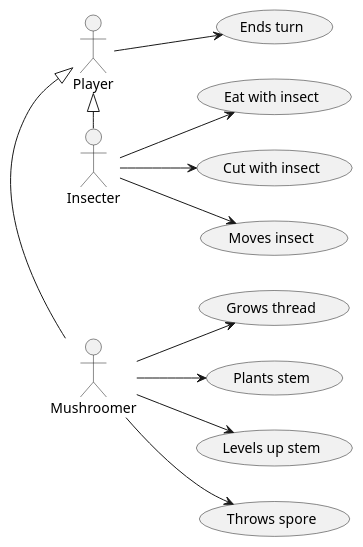
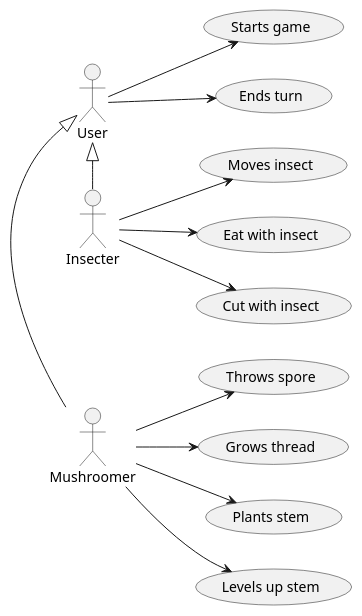
Before and after one commit to Petya-G/fungorium: the diagram in 5/usecase/uc.puml, drawn with PlantUML. The commit also changed 3 other files, not shown here.

Commit message:
sequences

```diff
--- a/5/usecase/uc.puml
+++ b/5/usecase/uc.puml
@@ -1,18 +1,19 @@
 @startuml player
 
-Mushroomer -left-|> Player
-Insecter -left-|> Player
+Mushroomer -left-|> User
+Insecter -left-|> User
 
 left to right direction
-Player --> (Ends turn)
+User --> (Ends turn)
+User --> (Starts game)
 
 Mushroomer --> (Plants stem)
 Mushroomer --> (Levels up stem)
 Mushroomer --> (Throws spore)
 Mushroomer --> (Grows thread)
 
 Insecter --> (Moves insect)
 Insecter --> (Eat with insect)
 Insecter --> (Cut with insect)
 
 @enduml
```
